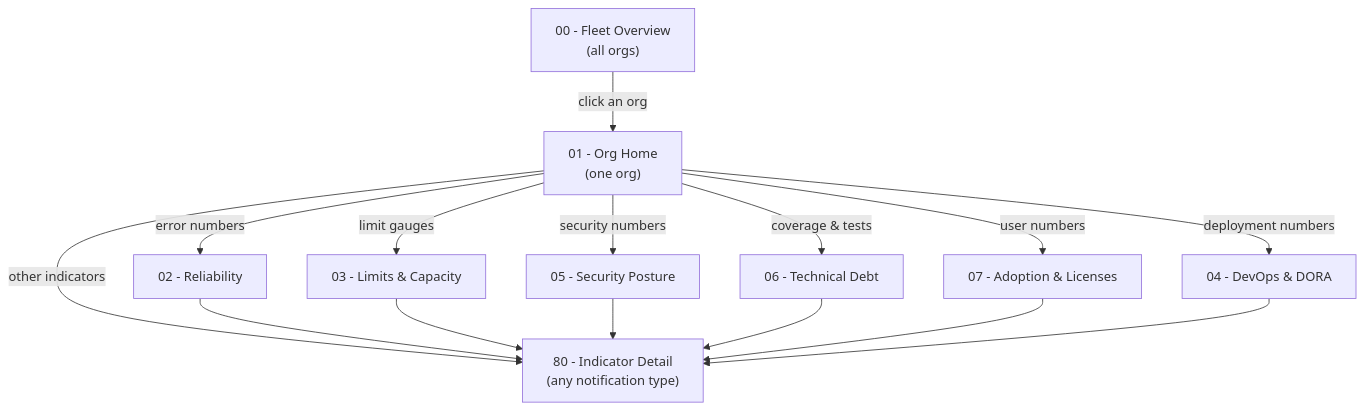
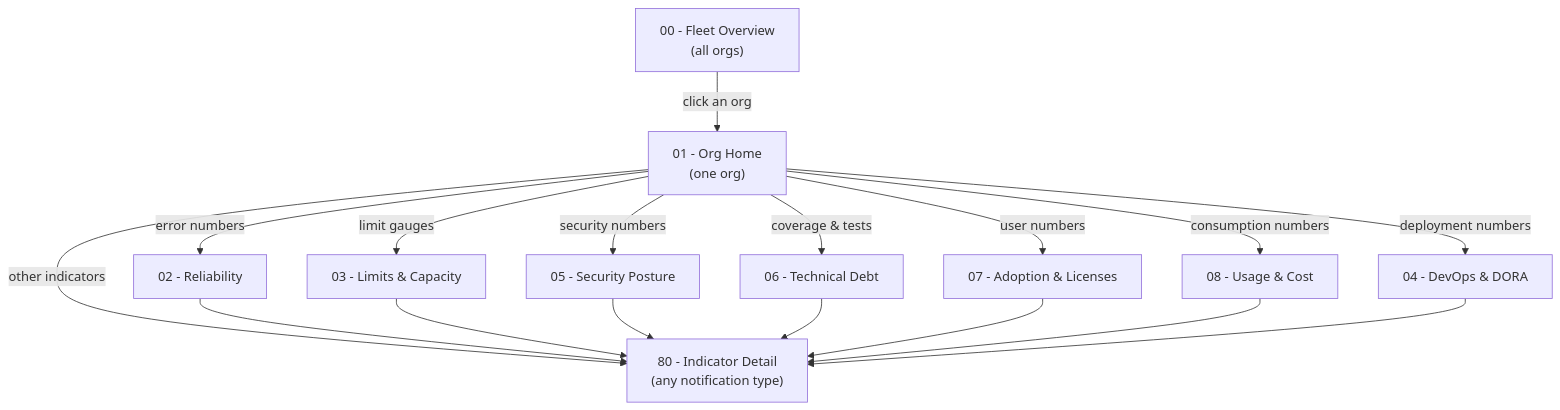
The diagram in docs/salesforce-monitoring-grafana-v2.md (hardisgroupcom/sfdx-hardis), drawn with Mermaid before and after one commit. The commit also changed other lines of this file and 47 other files, not shown here.

First line of the commit message:
Monitor usage-based (consumption-billed) Salesforce products (#2032)

````diff
--- a/docs/salesforce-monitoring-grafana-v2.md
+++ b/docs/salesforce-monitoring-grafana-v2.md
@@ -70,17 +70,19 @@
 ```mermaid
 flowchart TD
     FLEET["00 - Fleet Overview<br/>(all orgs)"] -->|click an org| HOME["01 - Org Home<br/>(one org)"]
     HOME -->|error numbers| REL["02 - Reliability"]
     HOME -->|limit gauges| LIM["03 - Limits & Capacity"]
     HOME -->|security numbers| SEC["05 - Security Posture"]
     HOME -->|coverage & tests| DEBT["06 - Technical Debt"]
     HOME -->|user numbers| ADO["07 - Adoption & Licenses"]
+    HOME -->|consumption numbers| USAGE["08 - Usage & Cost"]
     HOME -->|other indicators| DTL["80 - Indicator Detail<br/>(any notification type)"]
     REL --> DTL
     LIM --> DTL
     SEC --> DTL
     DEBT --> DTL
     ADO --> DTL
+    USAGE --> DTL
     DEVOPS["04 - DevOps & DORA"] --> DTL
     HOME -->|deployment numbers| DEVOPS
 ```
````
